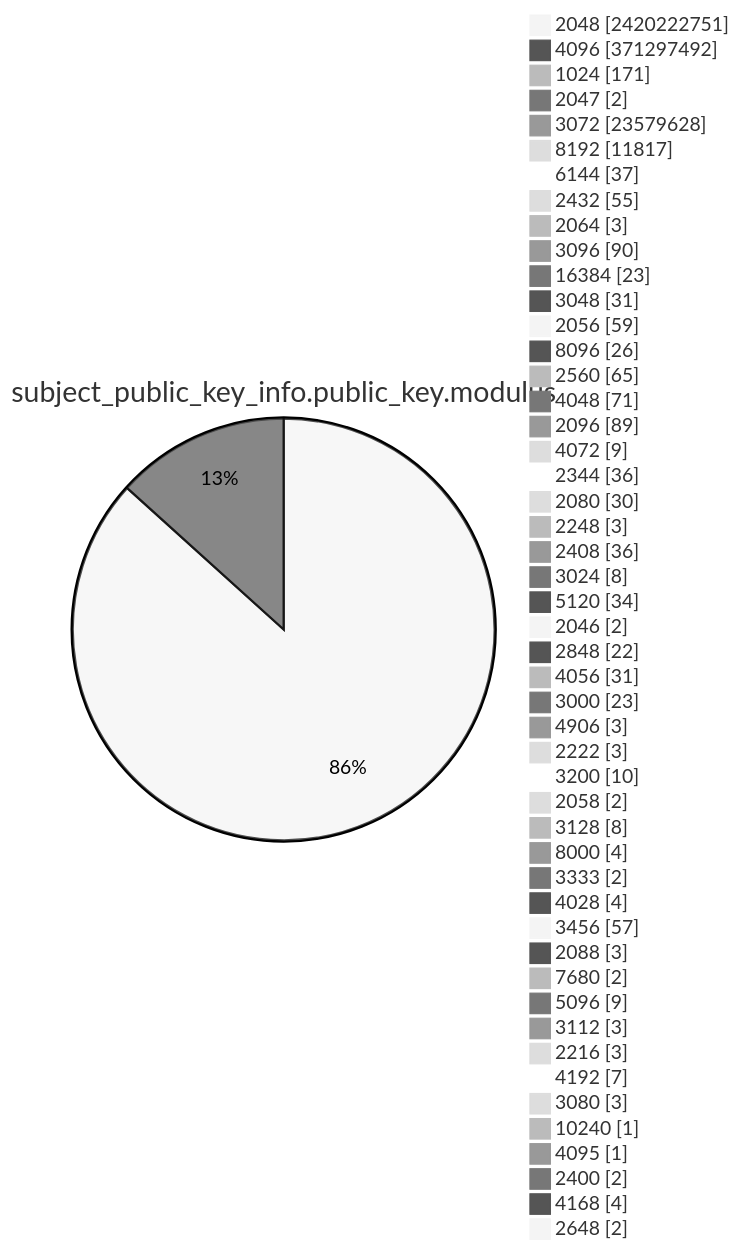
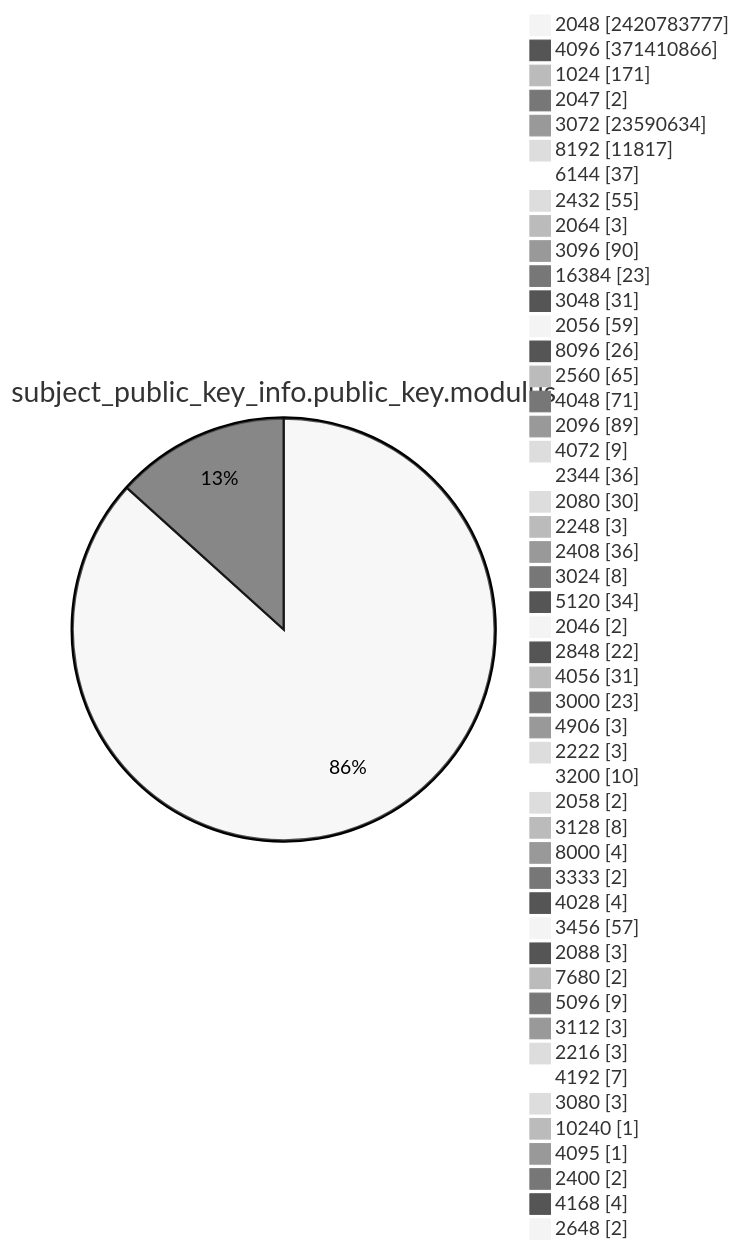
Before and after one commit to christiankrug/ctmonitor_visualization: diagram 13 of 15 in TOTAL/README.md, drawn with Mermaid (neutral theme). The commit also changed other lines of this file, not shown here.

````diff
--- a/TOTAL/README.md
+++ b/TOTAL/README.md
@@ -4167,53 +4168,53 @@
 ```mermaid
 pie showData
 title subject_public_key_info.public_key.modulus
-"2048" :2420222751
-"4096" :371297492
+"2048" :2420783777
+"4096" :371410866
 "1024" :171
 "2047" :2
-"3072" :23579628
+"3072" :23590634
 "8192" :11817
 "6144" :37
 "2432" :55
 "2064" :3
 "3096" :90
 "16384" :23
 "3048" :31
 "2056" :59
 "8096" :26
 "2560" :65
 "4048" :71
 "2096" :89
 "4072" :9
 "2344" :36
 "2080" :30
 "2248" :3
 "2408" :36
 "3024" :8
 "5120" :34
 "2046" :2
 "2848" :22
 "4056" :31
 "3000" :23
 "4906" :3
 "2222" :3
 "3200" :10
 "2058" :2
 "3128" :8
 "8000" :4
 "3333" :2
 "4028" :4
 "3456" :57
 "2088" :3
 "7680" :2
 "5096" :9
 "3112" :3
 "2216" :3
 "4192" :7
 "3080" :3
 "10240" :1
 "4095" :1
 "2400" :2
 "4168" :4
 "2648" :2
 ```
````
